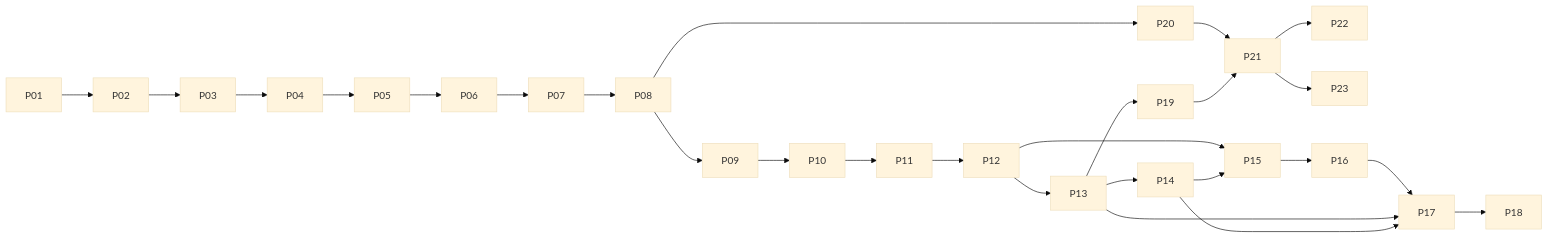
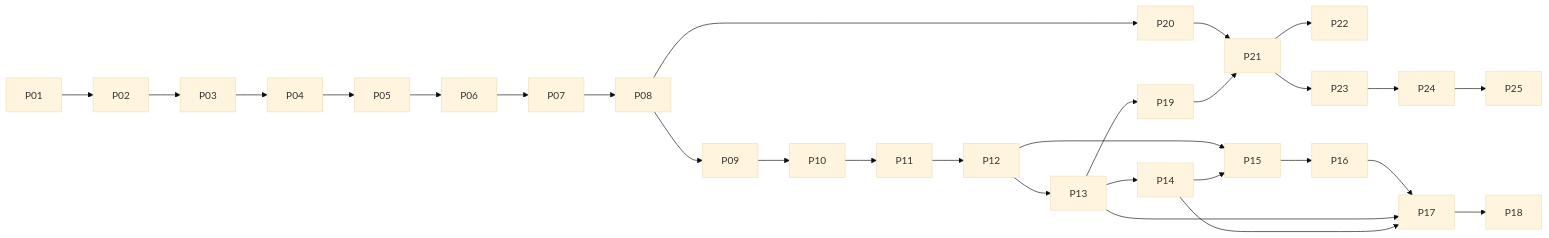
Before and after one commit to takemo101/ambien: the diagram in docs/implementation-plan.md, drawn with Mermaid (base theme). The commit also changed other lines of this file and 1 other file, not shown here.

````diff
--- a/docs/implementation-plan.md
+++ b/docs/implementation-plan.md
@@ -108,14 +108,15 @@
 ```mermaid
 flowchart LR
  P01 --> P02 --> P03 --> P04 --> P05 --> P06 --> P07 --> P08 --> P09 --> P10 --> P11 --> P12 --> P13 --> P14
  P12 --> P15
  P13 --> P19
  P08 --> P20
  P20 --> P21
  P19 --> P21
  P21 --> P22
  P21 --> P23
+ P23 --> P24 --> P25
  P14 --> P15 --> P16 --> P17 --> P18
  P13 --> P17
  P14 --> P17
 ```
````
